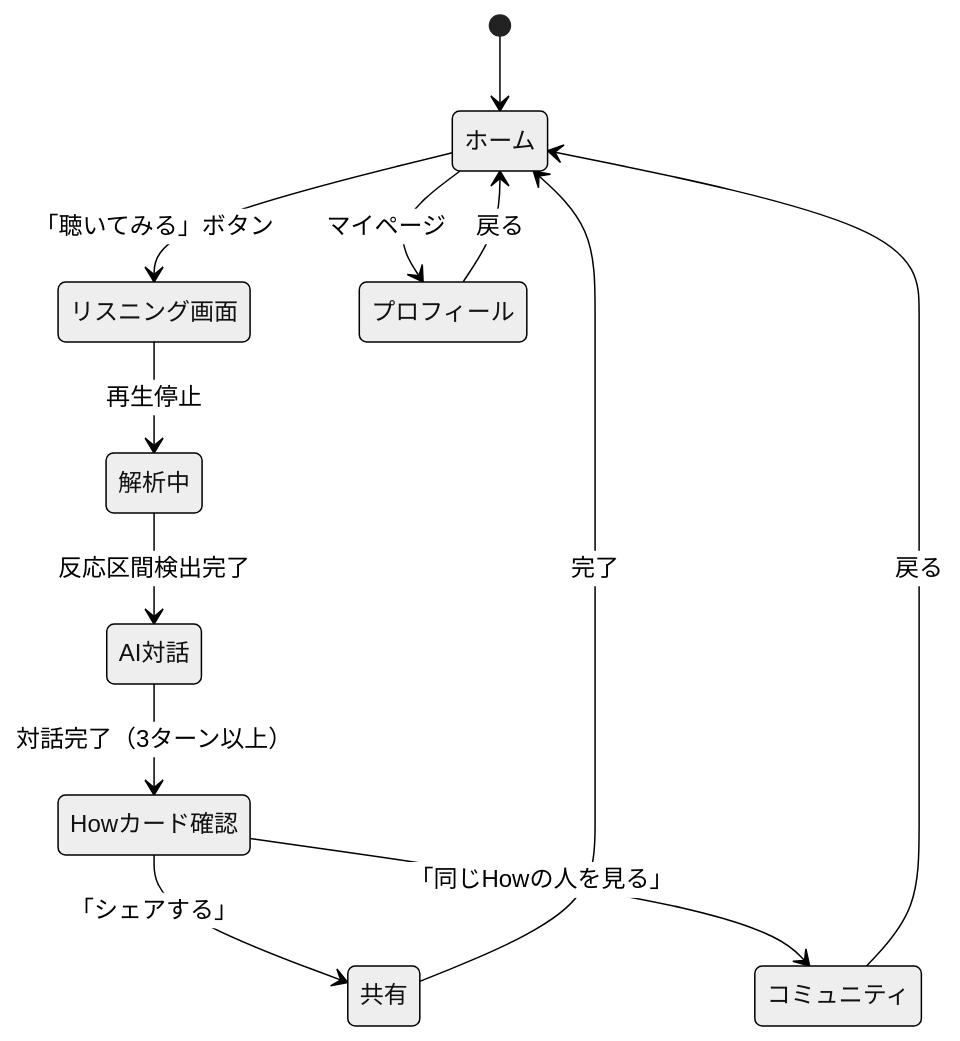
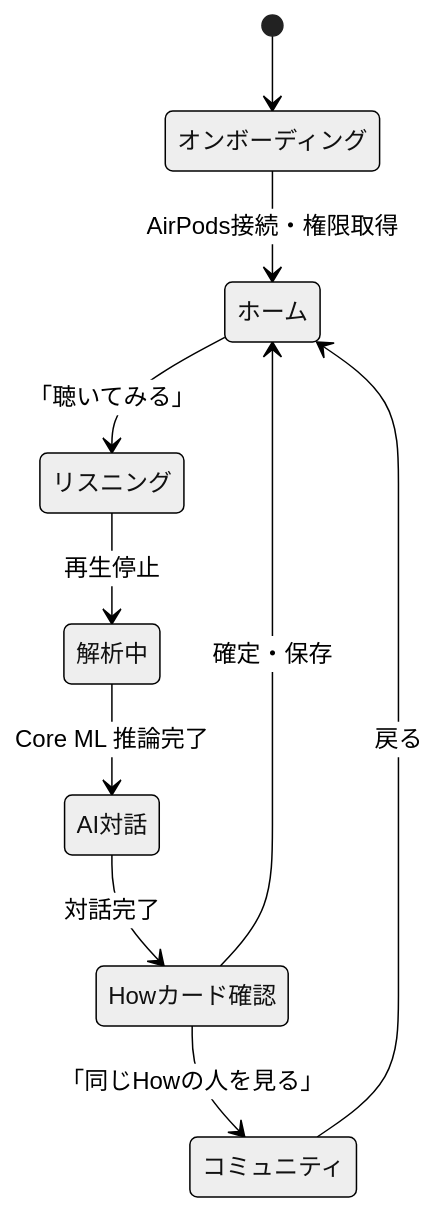
Before and after one commit to engineer-guild-hackathon-2026-05/team-10: the fifth of 5 diagrams in docs/functional-design.md, drawn with Mermaid (neutral theme). The commit also changed other lines of this file and 5 other files, not shown here.

````diff
--- a/docs/functional-design.md
+++ b/docs/functional-design.md
@@ -271,14 +252,12 @@
 ```mermaid
 stateDiagram-v2
-    [*] --> ホーム
-    ホーム --> リスニング画面: 「聴いてみる」ボタン
-    リスニング画面 --> 解析中: 再生停止
-    解析中 --> AI対話: 反応区間検出完了
-    AI対話 --> Howカード確認: 対話完了（3ターン以上）
-    Howカード確認 --> 共有: 「シェアする」
+    [*] --> オンボーディング
+    オンボーディング --> ホーム: AirPods接続・権限取得
+    ホーム --> リスニング: 「聴いてみる」
+    リスニング --> 解析中: 再生停止
+    解析中 --> AI対話: Core ML 推論完了
+    AI対話 --> Howカード確認: 対話完了
     Howカード確認 --> コミュニティ: 「同じHowの人を見る」
+    Howカード確認 --> ホーム: 確定・保存
     コミュニティ --> ホーム: 戻る
-    共有 --> ホーム: 完了
-    ホーム --> プロフィール: マイページ
-    プロフィール --> ホーム: 戻る
 ```
````
